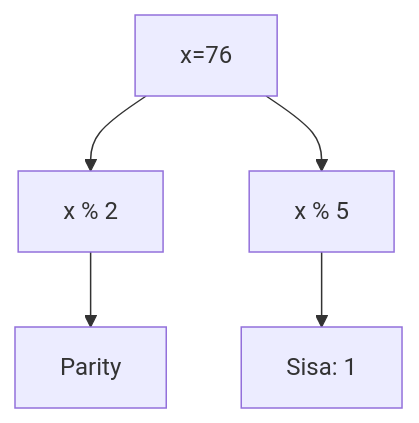
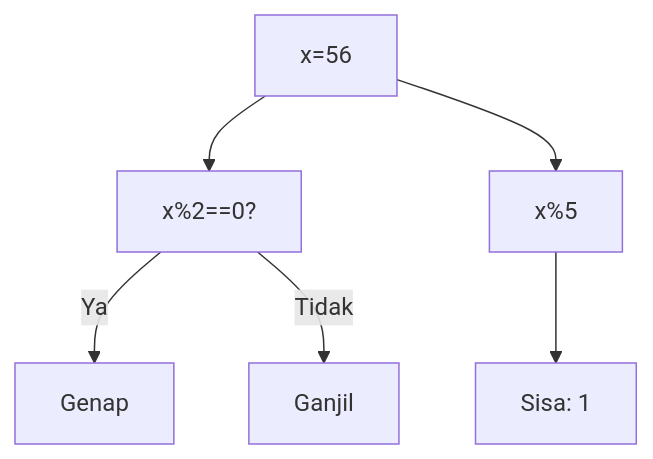
Before and after one commit to amnahwaida/OSNK_INF_PREP: the tenth of 25 diagrams in part-c-pemahaman-cpp/01-tipe-data/latihan/set-11.md, drawn with Mermaid. The commit also changed other lines of this file and 71 other files, not shown here.

Commit message:
Fixed Mermaid syntax lexical errors with quoted labels in 1,800 questions

````diff
--- a/part-c-pemahaman-cpp/01-tipe-data/latihan/set-11.md
+++ b/part-c-pemahaman-cpp/01-tipe-data/latihan/set-11.md
@@ -348,7 +307,8 @@
 ```mermaid
 graph TD
-A[x=76] --> B[x % 2]
-B --> C[Parity]
-A --> D[x % 5]
-D --> E[Sisa: 1]
+A["x=56"] --> B["x%2==0?"]
+B -- Ya --> C["Genap"]
+B -- Tidak --> D["Ganjil"]
+A --> E["x%5"]
+E --> F["Sisa: 1"]
 ```
````
